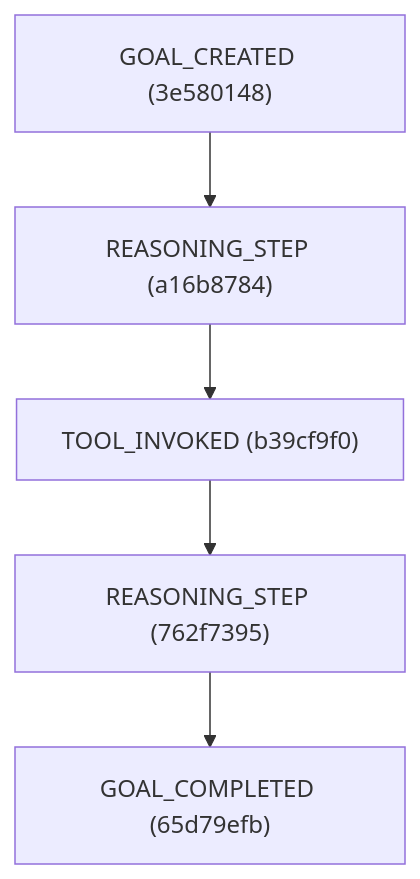
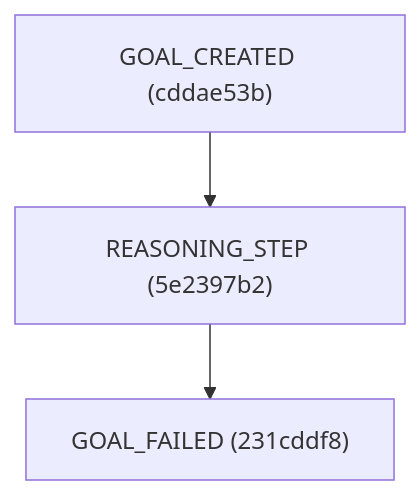
The first of 4 diagrams in realistic_dag.md (miltzhaw/langraph_playground), drawn with Mermaid before and after one commit. The commit also changed other lines of this file and 32 other files, not shown here.

````diff
--- a/realistic_dag.md
+++ b/realistic_dag.md
@@ -3,12 +3,8 @@
 ```mermaid
 graph TD
-    3e580148["GOAL_CREATED (3e580148)"]
-    a16b8784["REASONING_STEP (a16b8784)"]
-    b39cf9f0["TOOL_INVOKED (b39cf9f0)"]
-    762f7395["REASONING_STEP (762f7395)"]
-    65d79efb["GOAL_COMPLETED (65d79efb)"]
-    762f7395 --> 65d79efb
-    a16b8784 --> b39cf9f0
-    3e580148 --> a16b8784
-    b39cf9f0 --> 762f7395
+    cddae53b["GOAL_CREATED (cddae53b)"]
+    5e2397b2["REASONING_STEP (5e2397b2)"]
+    231cddf8["GOAL_FAILED (231cddf8)"]
+    5e2397b2 --> 231cddf8
+    cddae53b --> 5e2397b2
 ```
````
